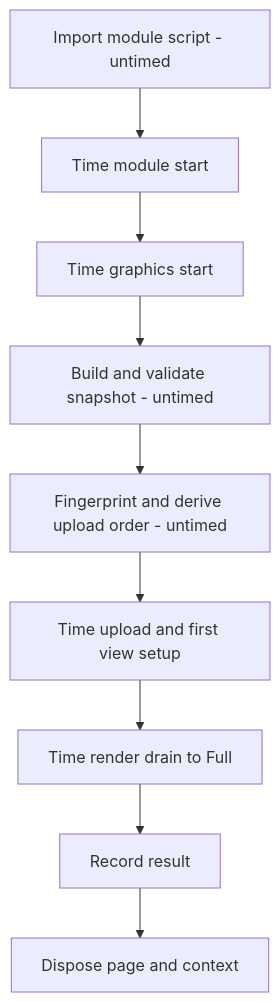
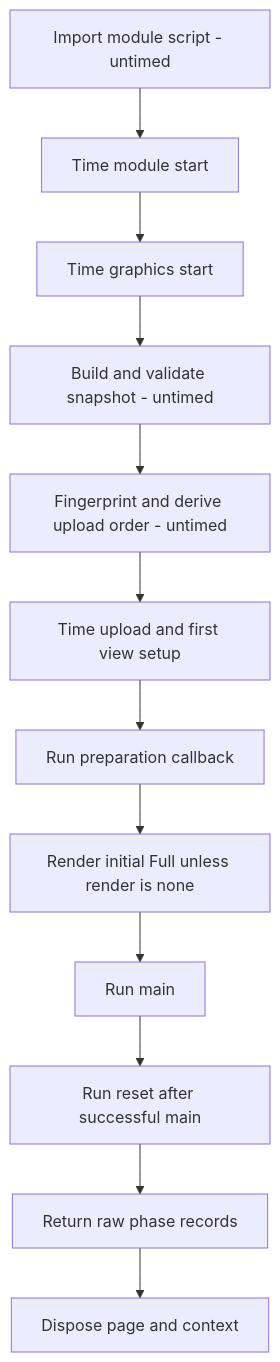
The second of 2 diagrams in frontend/performance/benches/render_wasm/README.md (penpot/penpot), drawn with Mermaid before and after one commit. The commit also changed other lines of this file and 5 other files, not shown here.

````diff
--- a/frontend/performance/benches/render_wasm/README.md
+++ b/frontend/performance/benches/render_wasm/README.md
@@ -675,11 +714,14 @@
 ```mermaid
 flowchart TD
     A[Import module script - untimed] --> B[Time module start]
     B --> C[Time graphics start]
     C --> D[Build and validate snapshot - untimed]
     D --> E[Fingerprint and derive upload order - untimed]
     E --> F[Time upload and first view setup]
-    F --> G[Time render drain to Full]
-    G --> H[Record result]
-    H --> I[Dispose page and context]
+    F --> G[Run preparation callback]
+    G --> H[Render initial Full unless render is none]
+    H --> I[Run main]
+    I --> J[Run reset after successful main]
+    J --> K[Return raw phase records]
+    K --> L[Dispose page and context]
 ```
````
